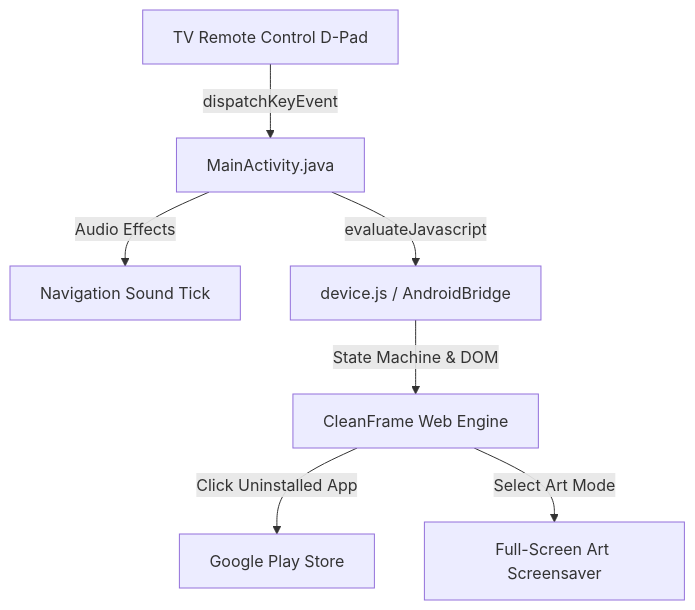
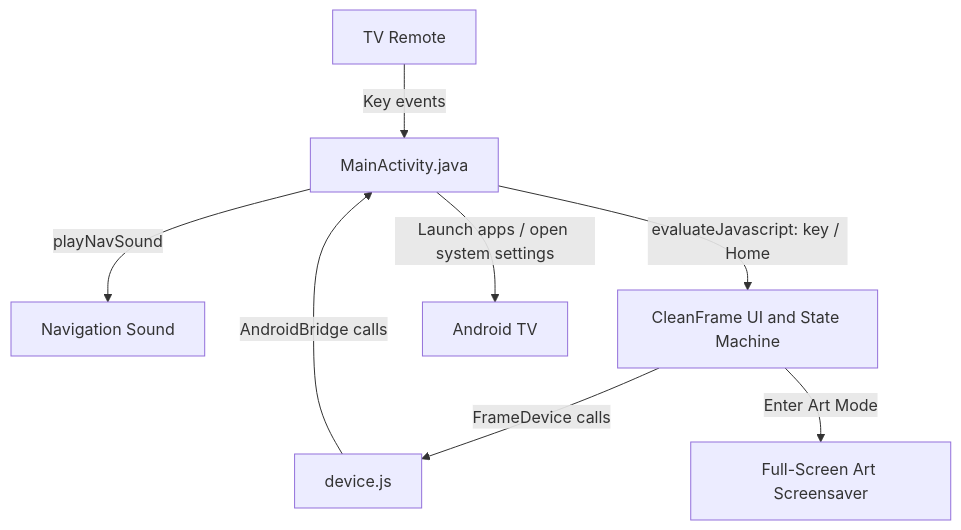
One commit to CactusBadger/CleanFrame-AndroidTV changed the diagram in README.md. Above: the diagram before and after it, drawn with Mermaid. The commit also changed other lines of this file, not shown here.

Commit message:
Correct README architecture flow diagram

````diff
--- a/README.md
+++ b/README.md
@@ -86,9 +86,10 @@
 ```mermaid
 flowchart TD
-    Remote[TV Remote Control D-Pad] -->|dispatchKeyEvent| NativeHost[MainActivity.java]
-    NativeHost -->|Audio Effects| SoundPool[Navigation Sound Tick]
-    NativeHost -->|evaluateJavascript| Bridge[device.js / AndroidBridge]
-    Bridge -->|State Machine & DOM| WebEngine[CleanFrame Web Engine]
-    WebEngine -->|Click Uninstalled App| PlayStore[Google Play Store]
-    WebEngine -->|Select Art Mode| ArtMode[Full-Screen Art Screensaver]
+    Remote[TV Remote] -->|Key events| NativeHost[MainActivity.java]
+    NativeHost -->|playNavSound| SoundPool[Navigation Sound]
+    NativeHost -->|evaluateJavascript: key / Home| WebEngine[CleanFrame UI and State Machine]
+    WebEngine -->|FrameDevice calls| DeviceJS[device.js]
+    DeviceJS -->|AndroidBridge calls| NativeHost
+    NativeHost -->|Launch apps / open system settings| AndroidTV[Android TV]
+    WebEngine -->|Enter Art Mode| ArtMode[Full-Screen Art Screensaver]
 ```
````
